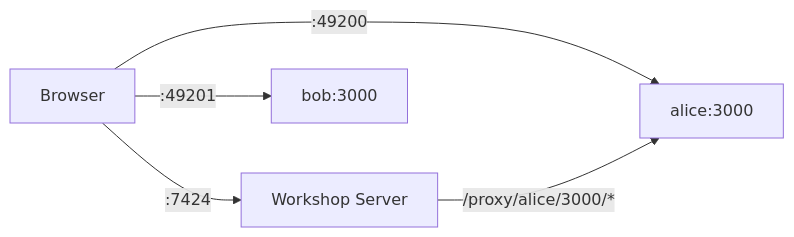
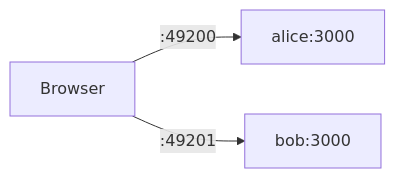
One commit to marcus-gc/workshop changed the fifth of 8 diagrams in documentation/key_concepts/architecture.md. Above: the diagram before and after it, drawn with Mermaid. The commit also changed other lines of this file and 4 other files, not shown here.

````diff
--- a/documentation/key_concepts/architecture.md
+++ b/documentation/key_concepts/architecture.md
@@ -117,10 +117,7 @@
 ```mermaid
 flowchart LR
-  B[Browser] -->|:7424| WS[Workshop Server]
-  B -->|:49200| P1["alice:3000"]
+  B[Browser] -->|:49200| P1["alice:3000"]
   B -->|:49201| P2["bob:3000"]
-  WS -->|/proxy/alice/3000/*| P1
 
-  click WS href "#" "server/src/index.ts:19-23"
   click P1 href "#" "server/src/services/docker.ts:85-140"
 ```
````
